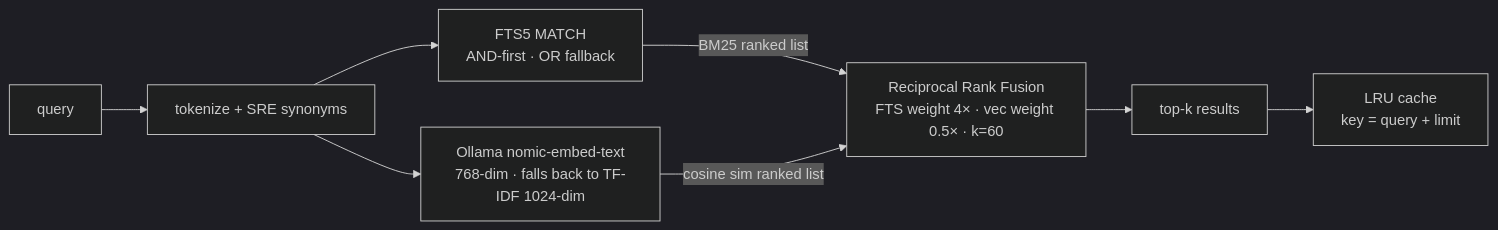
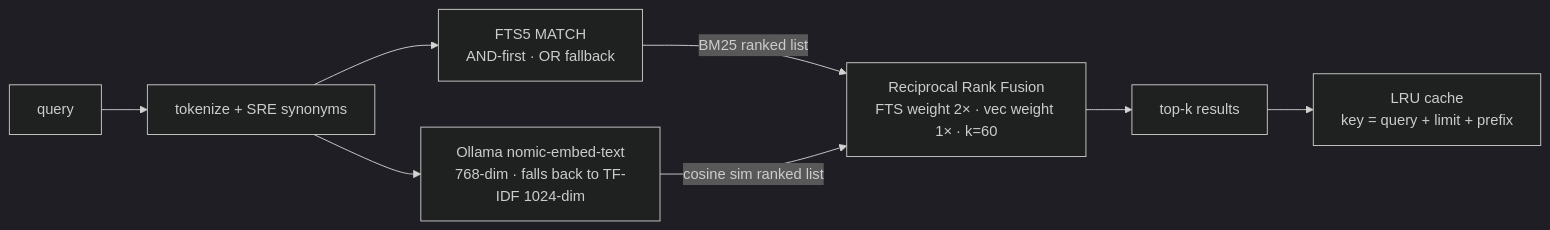
One commit to Blacklotus89898/DaVinci changed the second of 3 diagrams in docs/architecture.md. Above: the diagram before and after it, drawn with Mermaid (dark theme). The commit also changed other lines of this file and 2 other files, not shown here.

First line of the commit message:
docs: mermaid architecture diagram and updated write/search contracts

````diff
--- a/docs/architecture.md
+++ b/docs/architecture.md
@@ -46,11 +46,11 @@
 ```mermaid
 flowchart LR
     Q[query] --> TOK[tokenize + SRE synonyms]
     TOK --> FTS5["FTS5 MATCH<br/>AND-first · OR fallback"]
     TOK --> EMB["Ollama nomic-embed-text<br/>768-dim · falls back to TF-IDF 1024-dim"]
     FTS5 -->|BM25 ranked list| RRF
     EMB -->|cosine sim ranked list| RRF
-    RRF["Reciprocal Rank Fusion<br/>FTS weight 4× · vec weight 0.5× · k=60"]
+    RRF["Reciprocal Rank Fusion<br/>FTS weight 2× · vec weight 1× · k=60"]
     RRF --> TOP[top-k results]
-    TOP --> CACHE["LRU cache<br/>key = query + limit"]
+    TOP --> CACHE["LRU cache<br/>key = query + limit + prefix"]
 ```
````
